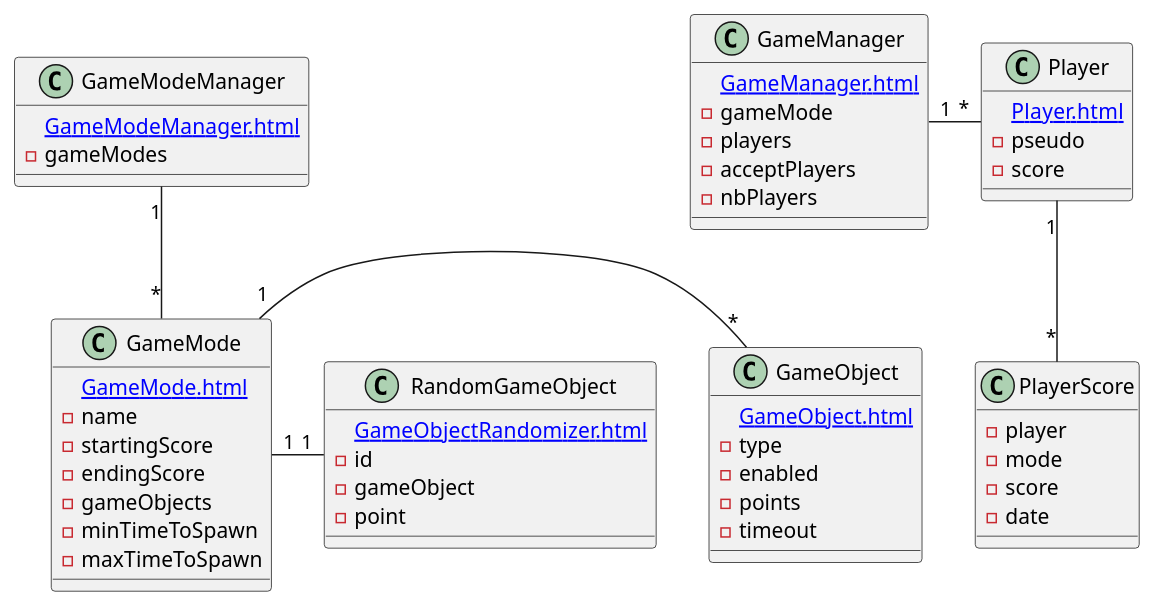
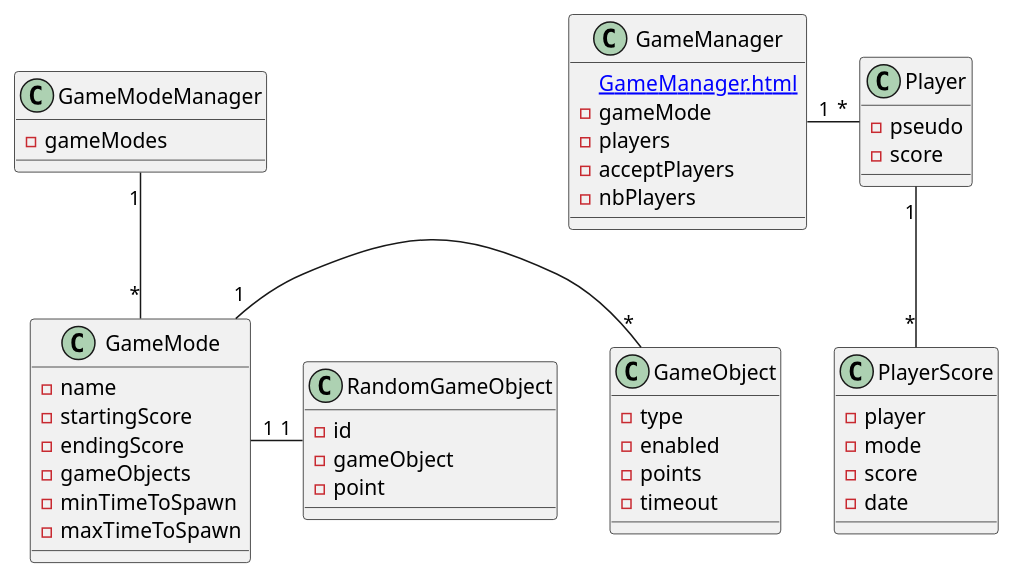
Before and after one commit to heig-vd-gen2017/projet: the diagram in Rapport/diagrammes/DomaineFinalClient.puml, drawn with PlantUML. The commit also changed 1 other file, not shown here.

Commit message:
Changes in diagrams

```diff
--- a/Rapport/diagrammes/DomaineFinalClient.puml
+++ b/Rapport/diagrammes/DomaineFinalClient.puml
@@ -1,58 +1,53 @@
 @startuml
 class GameManager {
     [[GameManager.html]]
     -gameMode
     -players
     -acceptPlayers
     -nbPlayers
 }
 
 class PlayerScore {
     -player
     -mode
     -score
     -date
 }
 
 class Player {
-    [[Player.html]]
     -pseudo
     -score
 }
 
 class GameMode {
-    [[GameMode.html]]
     -name
     -startingScore
     -endingScore
     -gameObjects
     -minTimeToSpawn
     -maxTimeToSpawn
 }
 
 class GameModeManager {
-    [[GameModeManager.html]]
     -gameModes
 }
 
 class GameObject {
-    [[GameObject.html]]
     -type
     -enabled
     -points
     -timeout
 }
 
 class RandomGameObject {
-    [[GameObjectRandomizer.html]]
     -id
     -gameObject
     -point
 }
 
 GameModeManager "1" -- "*" GameMode
 GameMode "1" - "*" GameObject
 GameManager "1" - "*" Player
 GameMode "1" - "1" RandomGameObject
 Player "1" -- "*" PlayerScore
 @enduml
```
